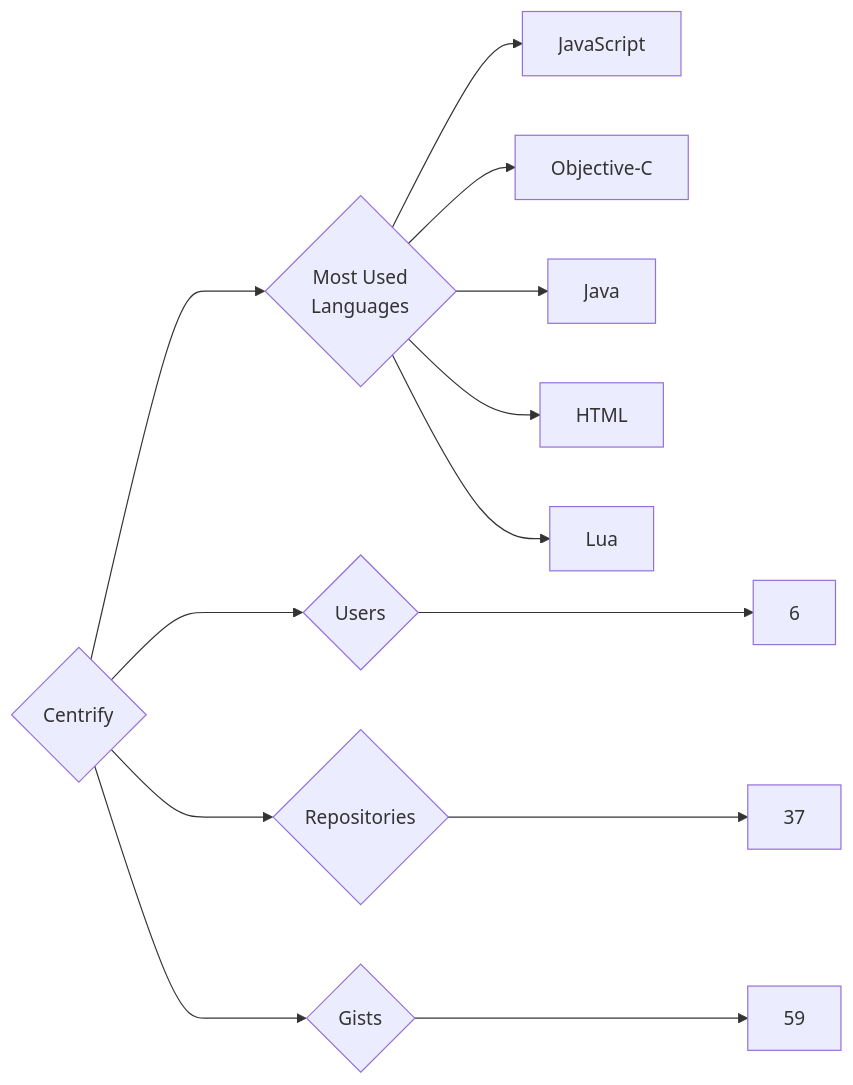
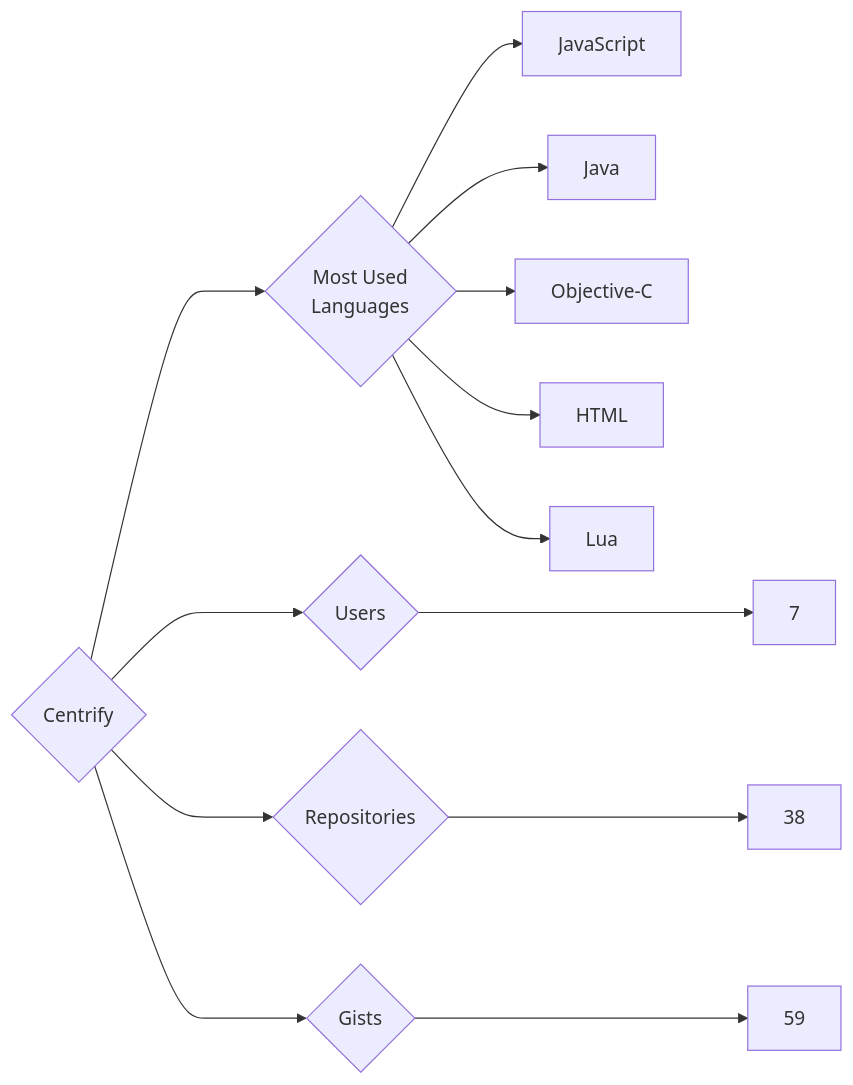
The diagram in targets/Centrify/README.md (trickest/insiders), drawn with Mermaid before and after one commit. The commit also changed 912 other files, not shown here.

````diff
--- a/targets/Centrify/README.md
+++ b/targets/Centrify/README.md
@@ -3,13 +3,13 @@
 ```mermaid
 graph LR
 COMPANY_NAME{Centrify}
-COMPANY_NAME ---> U{Users} ---> UN[6]
-COMPANY_NAME ---> R{Repositories} ---> RN[37]
+COMPANY_NAME ---> U{Users} ---> UN[7]
+COMPANY_NAME ---> R{Repositories} ---> RN[38]
 COMPANY_NAME ---> G{Gists} ---> GN[59]
 COMPANY_NAME ---> ML{Most Used<br>Languages}
 ML --> JavaScript[JavaScript]
+ML --> Java[Java]
 ML --> Objective-C[Objective-C]
-ML --> Java[Java]
 ML --> HTML[HTML]
 ML --> Lua[Lua]
 ```
````
